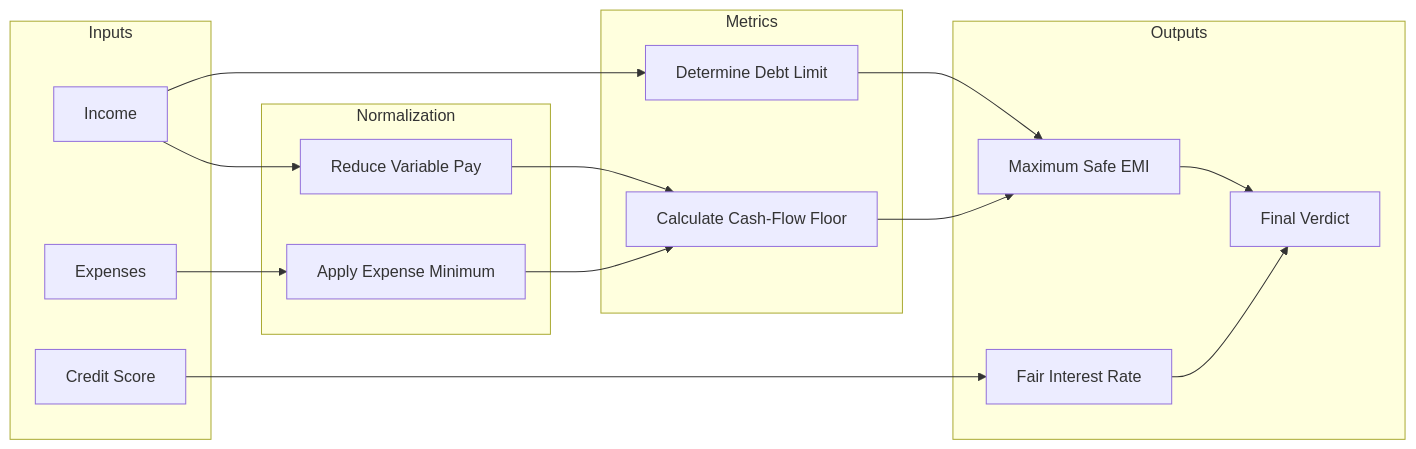
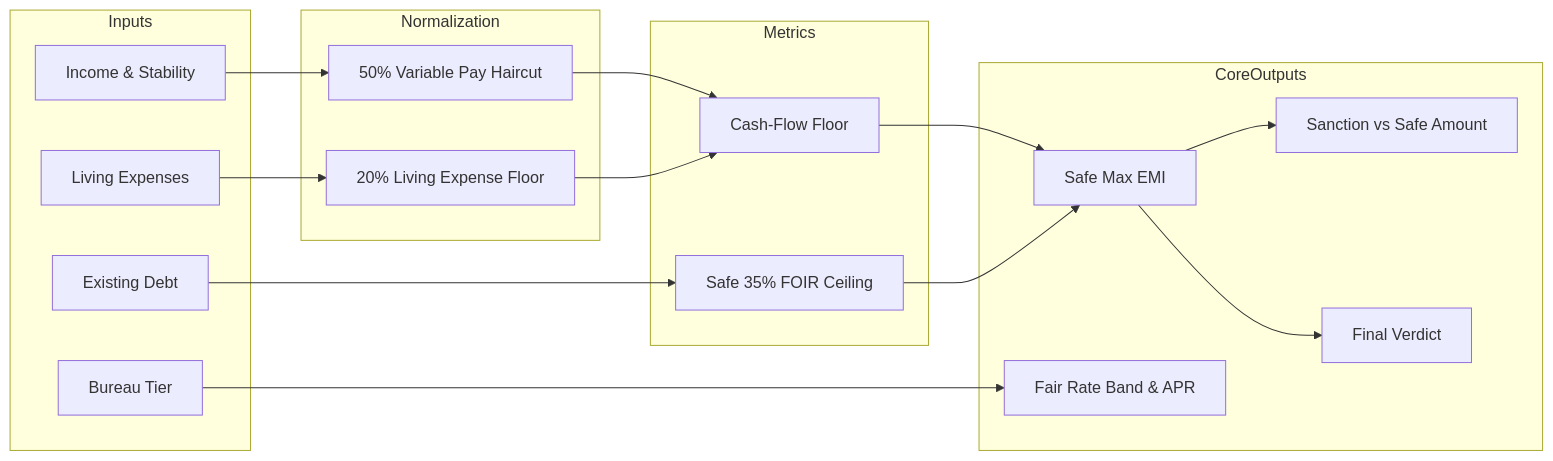
The second of 2 diagrams in README.md (HUmnanANirudh/Borrower-Copilot), drawn with Mermaid before and after one commit. The commit also changed other lines of this file and 17 other files, not shown here.

````diff
--- a/README.md
+++ b/README.md
@@ -43,35 +79,37 @@
 ```mermaid
 flowchart LR
     subgraph Inputs
-        I1[Income]
-        I2[Expenses]
-        I3[Credit Score]
+        I1["Income & Stability"]
+        I2["Living Expenses"]
+        I3["Existing Debt"]
+        I4["Bureau Tier"]
     end
 
     subgraph Normalization
-        N1[Reduce Variable Pay]
-        N2[Apply Expense Minimum]
+        N1["50% Variable Pay Haircut"]
+        N2["20% Living Expense Floor"]
     end
 
     subgraph Metrics
-        M1[Calculate Cash-Flow Floor]
-        M2[Determine Debt Limit]
+        M1["Cash-Flow Floor"]
+        M2["Safe 35% FOIR Ceiling"]
     end
 
-    subgraph Outputs
-        O1[Maximum Safe EMI]
-        O2[Fair Interest Rate]
-        O3[Final Verdict]
+    subgraph CoreOutputs
+        O1["Safe Max EMI"]
+        O2["Fair Rate Band & APR"]
+        O3["Sanction vs Safe Amount"]
+        O4["Final Verdict"]
     end
 
     I1 --> N1
     I2 --> N2
     N1 --> M1
     N2 --> M1
-    I1 --> M2
+    I3 --> M2
     M1 --> O1
     M2 --> O1
-    I3 --> O2
+    I4 --> O2
     O1 --> O3
-    O2 --> O3
+    O1 --> O4
 ```
````
